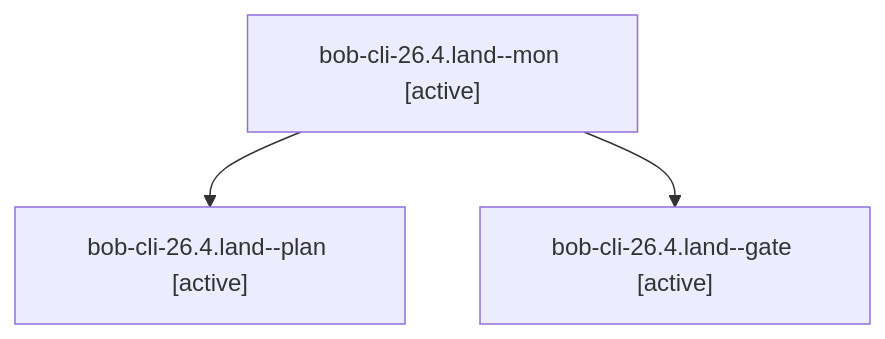
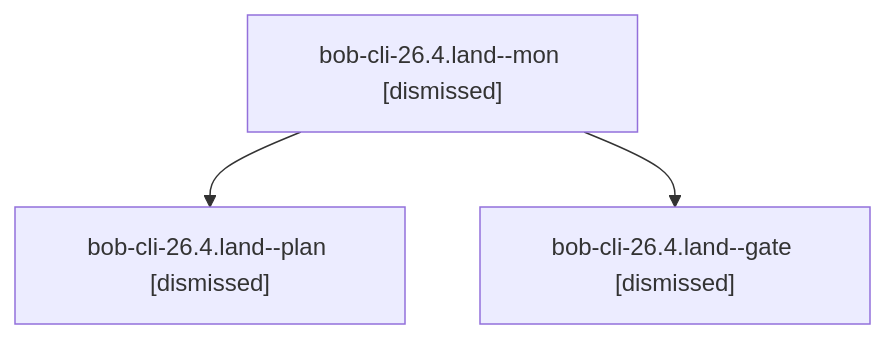
Before and after one commit to bobs-org/bob-cli--agents: the diagram in sessions/bbugyi200.apollo.bob-cli-26.4.land.md, drawn with Mermaid. The commit also changed other lines of this file and 71 other files, not shown here.

````diff
--- a/sessions/bbugyi200.apollo.bob-cli-26.4.land.md
+++ b/sessions/bbugyi200.apollo.bob-cli-26.4.land.md
@@ -9,8 +9,8 @@
 ```mermaid
 flowchart TD
-  n0["bob-cli-26.4.land--mon [active]"]
-  n1["bob-cli-26.4.land--plan [active]"]
+  n0["bob-cli-26.4.land--mon [dismissed]"]
+  n1["bob-cli-26.4.land--plan [dismissed]"]
   n0 --> n1
-  n2["bob-cli-26.4.land--gate [active]"]
+  n2["bob-cli-26.4.land--gate [dismissed]"]
   n0 --> n2
 ```
````
